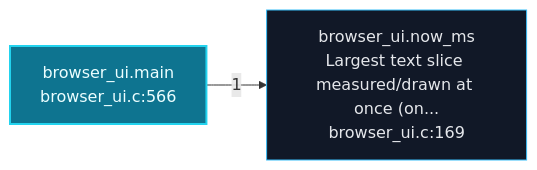
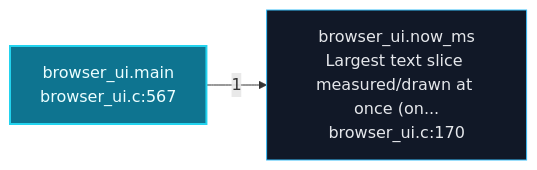
The second of 6 diagrams in readmenator-apidocs/architecture.md (grisuno/FreeDom), drawn with Mermaid before and after one commit. The commit also changed other lines of this file and 186 other files, not shown here.

````diff
--- a/readmenator-apidocs/architecture.md
+++ b/readmenator-apidocs/architecture.md
@@ -102,8 +102,8 @@
 ```mermaid
 flowchart LR
     classDef default fill:#111827,stroke:#38bdf8,color:#e5e7eb;
     classDef entry fill:#0e7490,stroke:#22d3ee,color:#ecfeff,stroke-width:2px;
-    n_gui_browser_ui_c__main["browser_ui.main<br/>browser_ui.c:566"]:::entry
-    n_gui_browser_ui_c__now_ms["browser_ui.now_ms<br/>Largest text slice measured/drawn at once (on...<br/>browser_ui.c:169"]:::default
+    n_gui_browser_ui_c__main["browser_ui.main<br/>browser_ui.c:567"]:::entry
+    n_gui_browser_ui_c__now_ms["browser_ui.now_ms<br/>Largest text slice measured/drawn at once (on...<br/>browser_ui.c:170"]:::default
     n_gui_browser_ui_c__main -->|"1"| n_gui_browser_ui_c__now_ms
 ```
````
